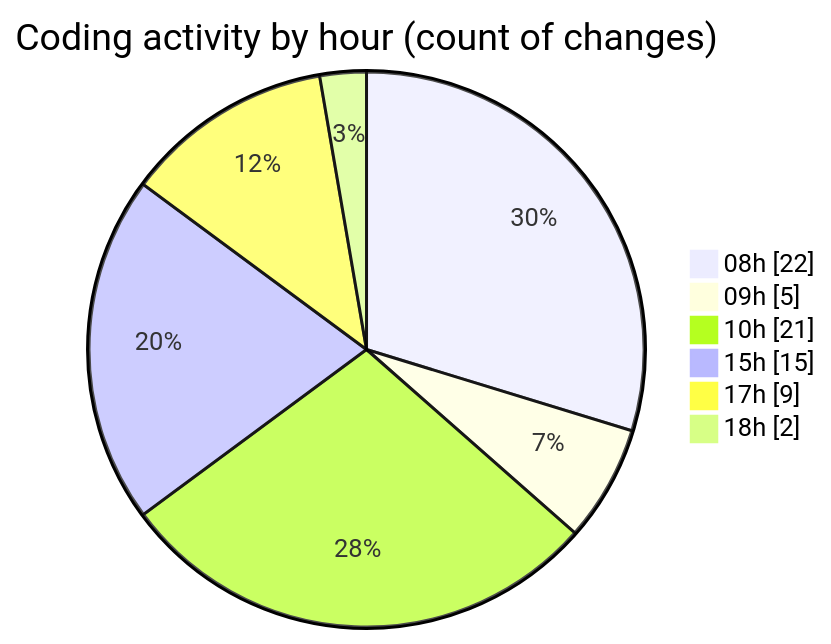
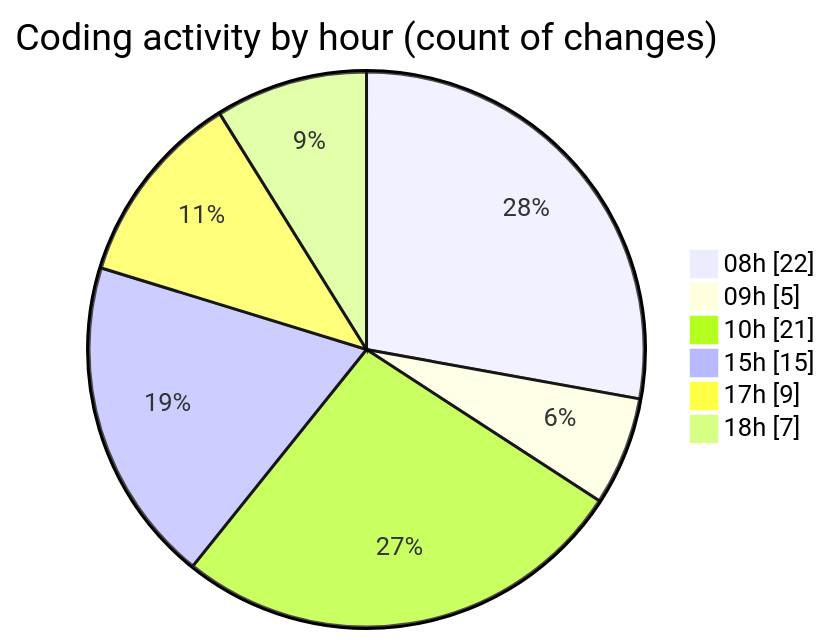
One commit to robertbonfada/code-tracking changed the second of 2 diagrams in 2025-02-17/mbc-web/README.md. Above: the diagram before and after it, drawn with Mermaid. The commit also changed other lines of this file and 1 other file, not shown here.

````diff
--- a/2025-02-17/mbc-web/README.md
+++ b/2025-02-17/mbc-web/README.md
@@ -42,10 +43,10 @@
 ```mermaid
 pie showData
 title Coding activity by hour (count of changes)
 "08h" : 22
 "09h" : 5
 "10h" : 21
 "15h" : 15
 "17h" : 9
-"18h" : 2
+"18h" : 7
 ```
````
